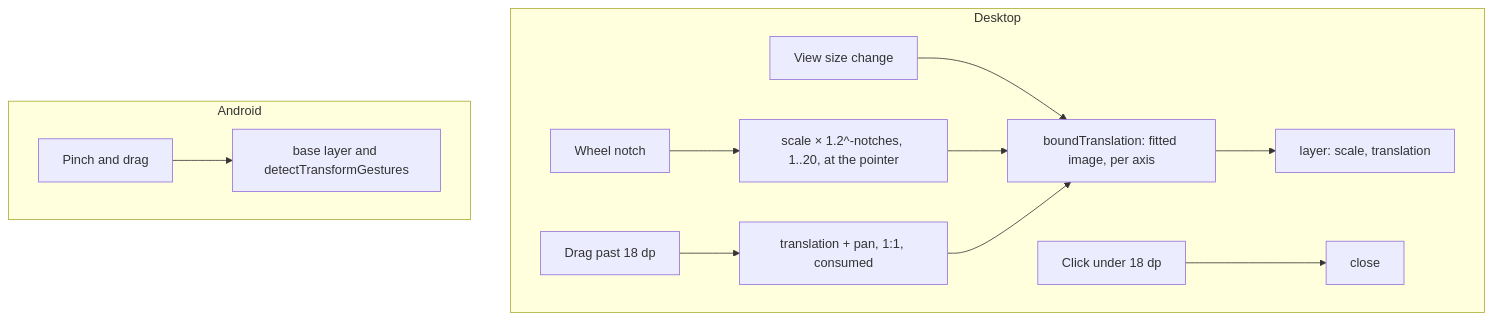
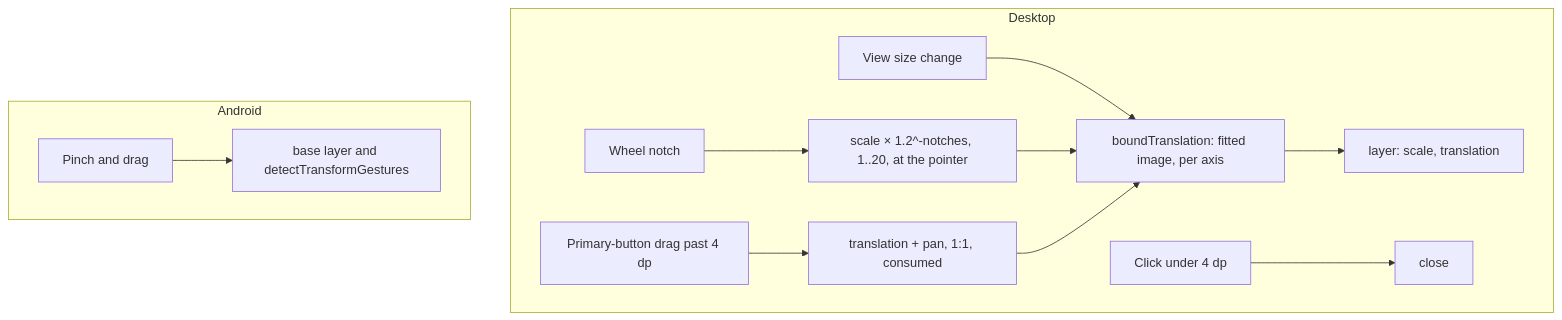
The diagram in plans/2026-11-15-desktop-image-zoom.md (simplex-chat/simplex-chat), drawn with Mermaid before and after one commit. The commit also changed other lines of this file, not shown here.

Commit message:
plans: desktop zoom drags past 4 dp, keyed by image size

````diff
--- a/plans/2026-11-15-desktop-image-zoom.md
+++ b/plans/2026-11-15-desktop-image-zoom.md
@@ -20,15 +21,15 @@
 ```mermaid
 flowchart TD
   subgraph Desktop
     W[Wheel notch] --> Z["scale × 1.2^-notches, 1..20, at the pointer"]
-    D[Drag past 18 dp] --> P["translation + pan, 1:1, consumed"]
+    D[Primary-button drag past 4 dp] --> P["translation + pan, 1:1, consumed"]
     S[View size change] --> B
     Z --> B[boundTranslation: fitted image, per axis]
     P --> B
     B --> L1[layer: scale, translation]
-    K[Click under 18 dp] --> X[close]
+    K[Click under 4 dp] --> X[close]
   end
   subgraph Android
     A[Pinch and drag] --> R[base layer and detectTransformGestures]
   end
 ```
````
